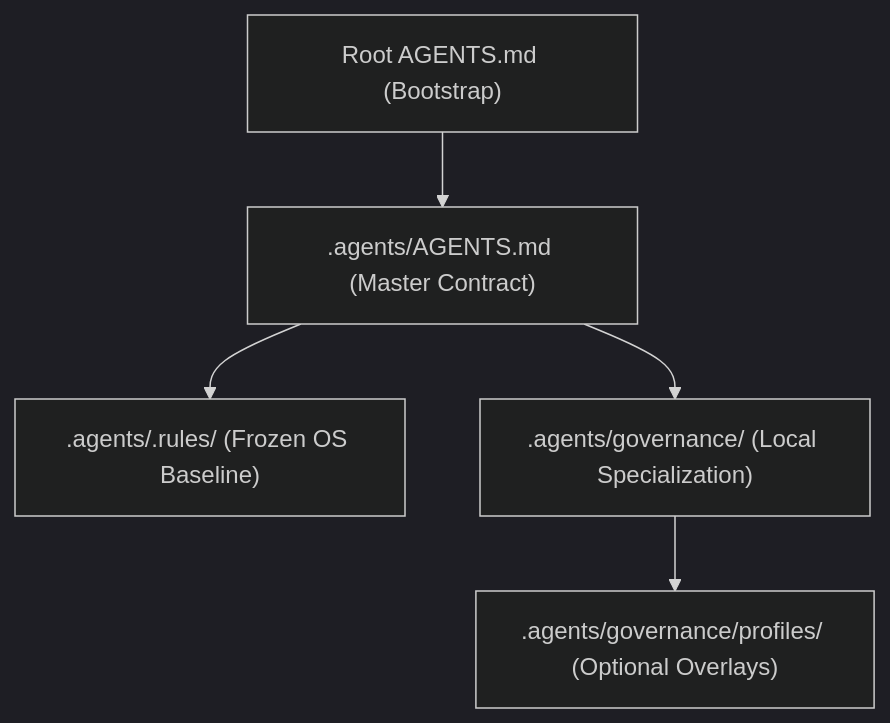
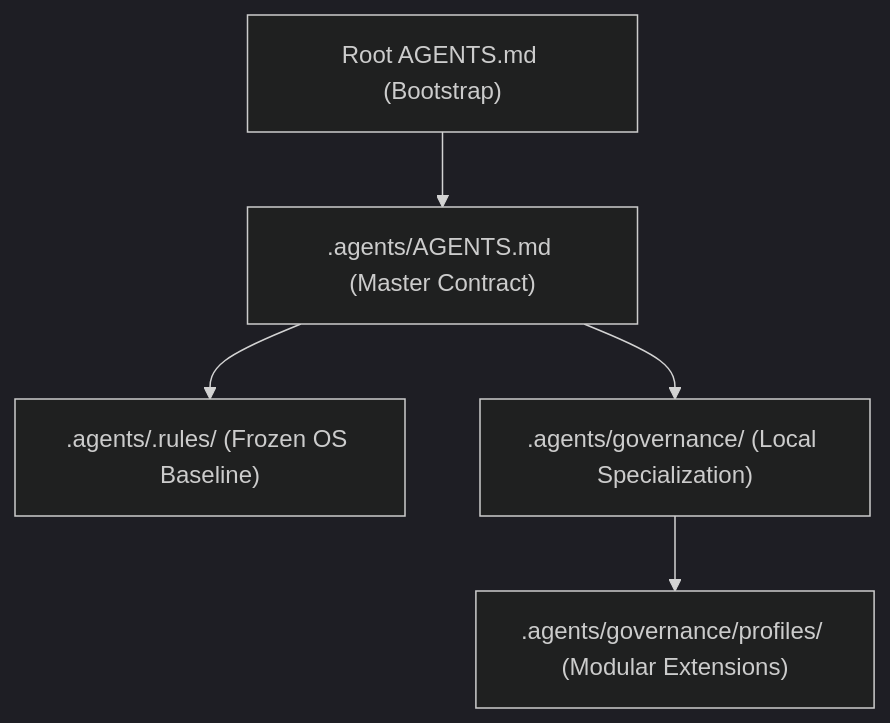
Before and after one commit to shomsy/agent-governance: the diagram in .agents/management/evidence/phases/final-truth-pass-02-source-of-truth-map.md, drawn with Mermaid (dark theme). The commit also changed other lines of this file and 10 other files, not shown here.

````diff
--- a/.agents/management/evidence/phases/final-truth-pass-02-source-of-truth-map.md
+++ b/.agents/management/evidence/phases/final-truth-pass-02-source-of-truth-map.md
@@ -7,7 +7,7 @@
 ```mermaid
 graph TD
-    Entry["Root AGENTS.md (Bootstrap)"] --> OS_Contract[".agents/AGENTS.md (Master Contract)"]
-    OS_Contract --> OS_Rules[".agents/.rules/ (Frozen OS Baseline)"]
-    OS_Contract --> Local_Gov[".agents/governance/ (Local Specialization)"]
-    Local_Gov --> Profiles[".agents/governance/profiles/ (Optional Overlays)"]
+    Bootstrap["Root AGENTS.md (Bootstrap)"] --> OS_Contract[".agents/AGENTS.md (Master Contract)"]
+    OS_Contract --> Rules_Engine[".agents/.rules/ (Frozen OS Baseline)"]
+    OS_Contract --> Local_Spec[".agents/governance/ (Local Specialization)"]
+    Local_Spec --> Profiles[".agents/governance/profiles/ (Modular Extensions)"]
 ```
````
